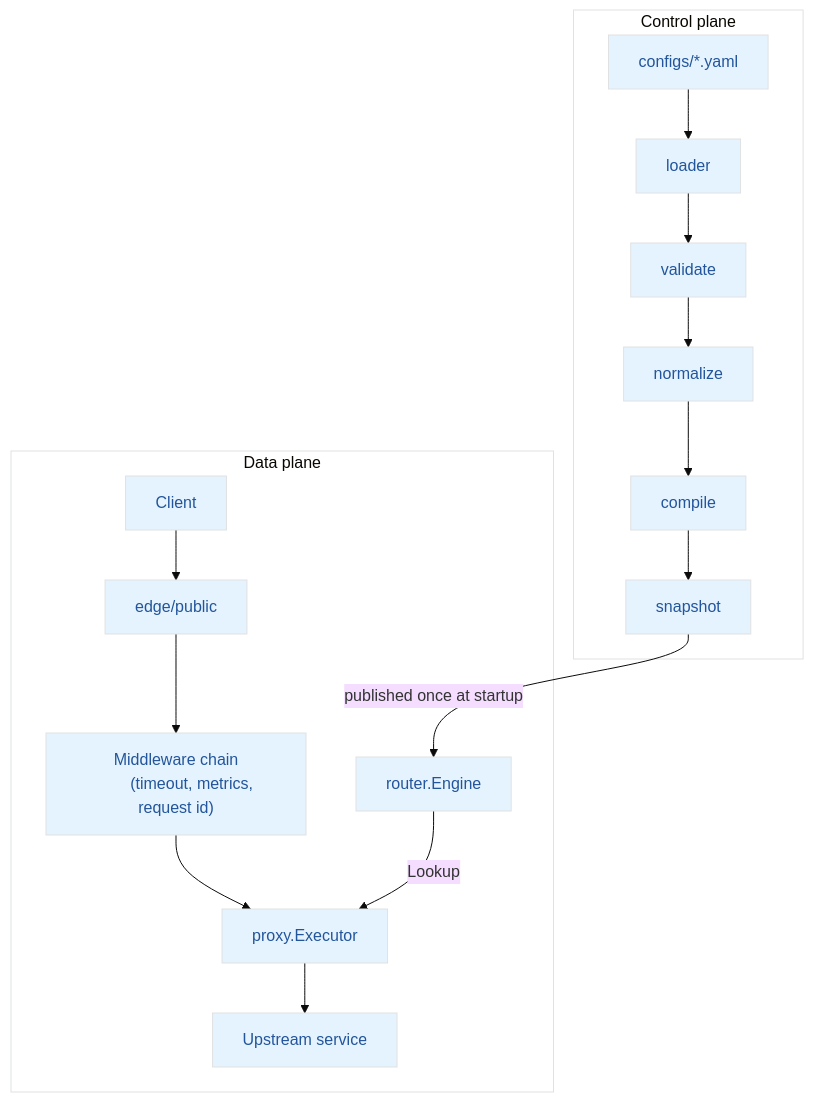
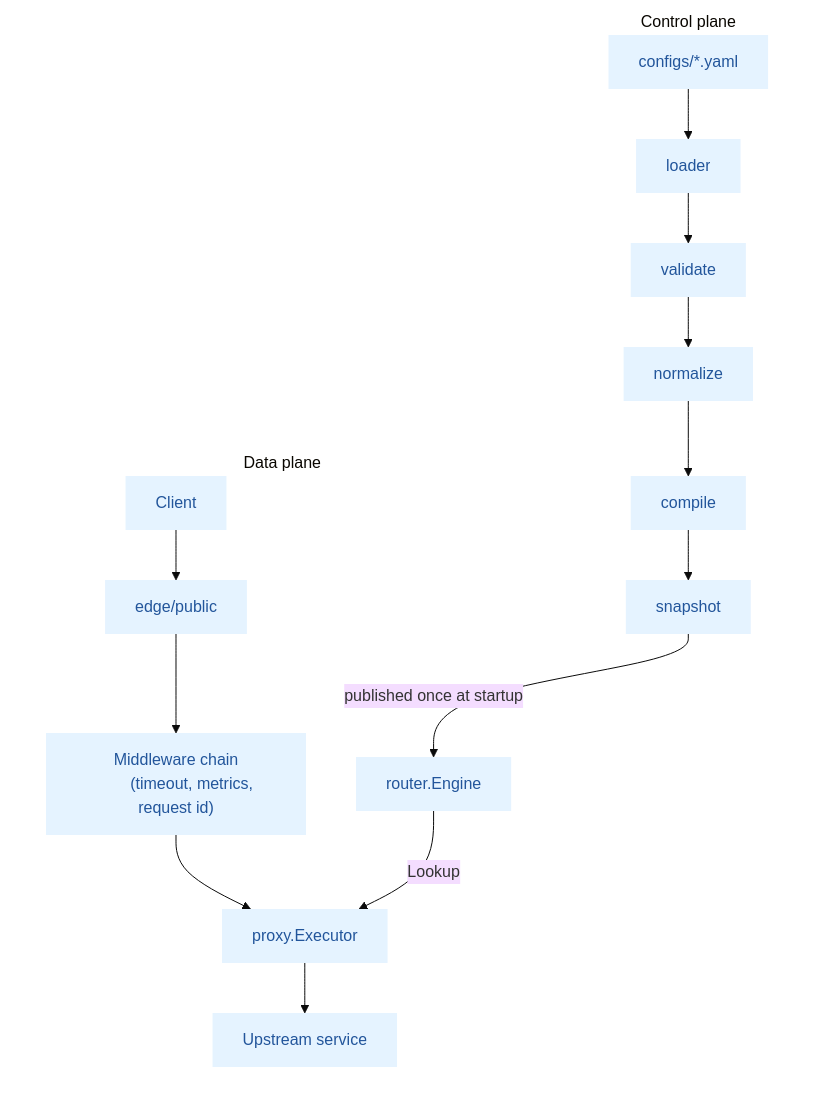
One commit to HAL-X9/aegis changed the first of 3 diagrams in ARCHITECTURE.md. Above: the diagram before and after it, drawn with Mermaid. The commit also changed other lines of this file and 23 other files, not shown here.

````diff
--- a/ARCHITECTURE.md
+++ b/ARCHITECTURE.md
@@ -12,33 +12,33 @@
 ```mermaid
 %%{init: {'theme':'base'}}%%
 flowchart TB
     subgraph CP["Control plane"]
         CFG["configs/*.yaml"]
         LOADER["loader"]
         NORM["normalize"]
         COMPILE["compile"]
         VALID["validate"]
         SNAP["snapshot"]
 
         CFG --> LOADER --> VALID --> NORM --> COMPILE --> SNAP
     end
 
     subgraph DP["Data plane"]
         ENGINE["router.Engine"]
         CLIENT["Client"]
         EDGE["edge/public"]
         MW["Middleware chain
         (timeout, metrics, request id)"]
         EXEC["proxy.Executor"]
         UP["Upstream service"]
 
         CLIENT --> EDGE --> MW --> EXEC --> UP
     end
 
     SNAP -->|published once at startup| ENGINE
     ENGINE -->|Lookup| EXEC
 
-    classDef default fill:#e5f3ff,stroke:#e0e1e2,color:#22559b;
-    style CP fill:#ffffff,stroke:#e0e1e2
-    style DP fill:#ffffff,stroke:#e0e1e2
+    classDef default fill:#e5f3ff,stroke:none,color:#22559b;
+    style CP fill:#ffffff,stroke:none
+    style DP fill:#ffffff,stroke:none
 ```
````
